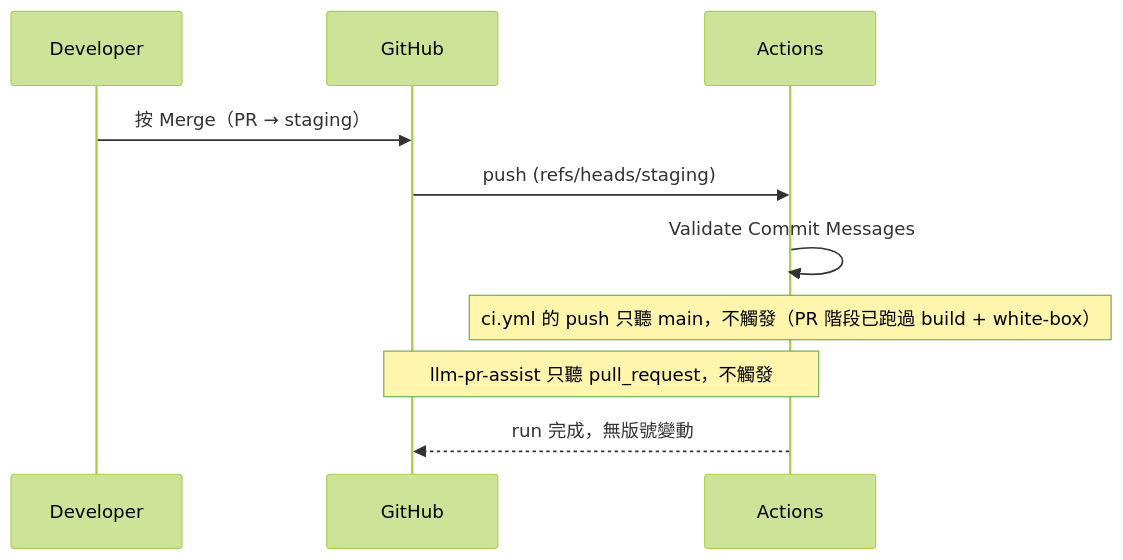
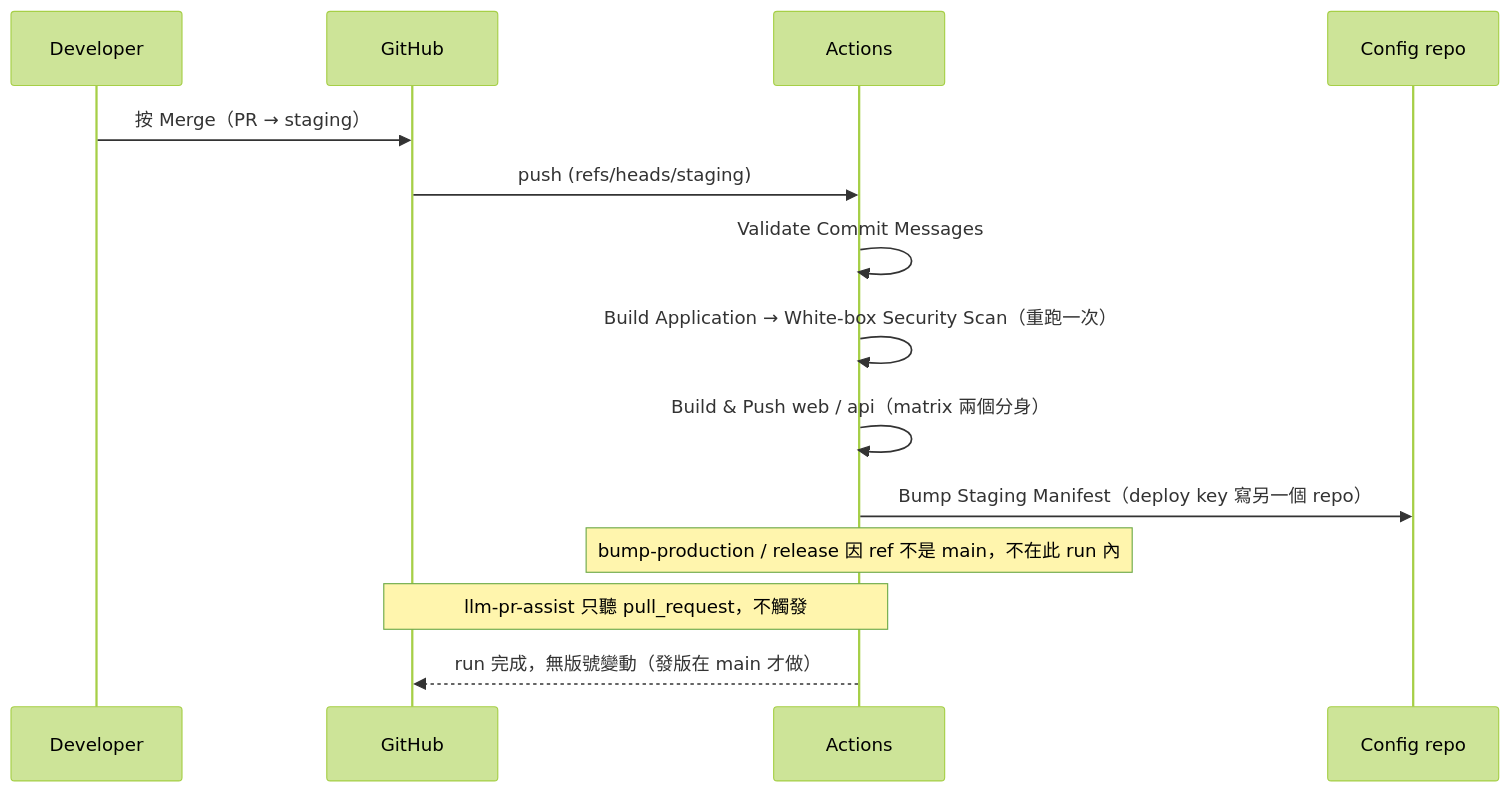
One commit to liaooliver/notes changed the seventh of 20 diagrams in docs/use-cases.md. Above: the diagram before and after it, drawn with Mermaid (forest theme). The commit also changed other lines of this file, not shown here.

````diff
--- a/docs/use-cases.md
+++ b/docs/use-cases.md
@@ -313,12 +336,16 @@
 ```mermaid
 sequenceDiagram
     participant D as Developer
     participant G as GitHub
     participant A as Actions
+    participant C as Config repo
     D->>G: 按 Merge（PR → staging）
     G->>A: push (refs/heads/staging)
     A->>A: Validate Commit Messages
-    Note over A: ci.yml 的 push 只聽 main，不觸發（PR 階段已跑過 build + white-box）
+    A->>A: Build Application → White-box Security Scan（重跑一次）
+    A->>A: Build & Push web / api（matrix 兩個分身）
+    A->>C: Bump Staging Manifest（deploy key 寫另一個 repo）
+    Note over A: bump-production / release 因 ref 不是 main，不在此 run 內
     Note over G,A: llm-pr-assist 只聽 pull_request，不觸發
-    A-->>G: run 完成，無版號變動
+    A-->>G: run 完成，無版號變動（發版在 main 才做）
 ```
````
